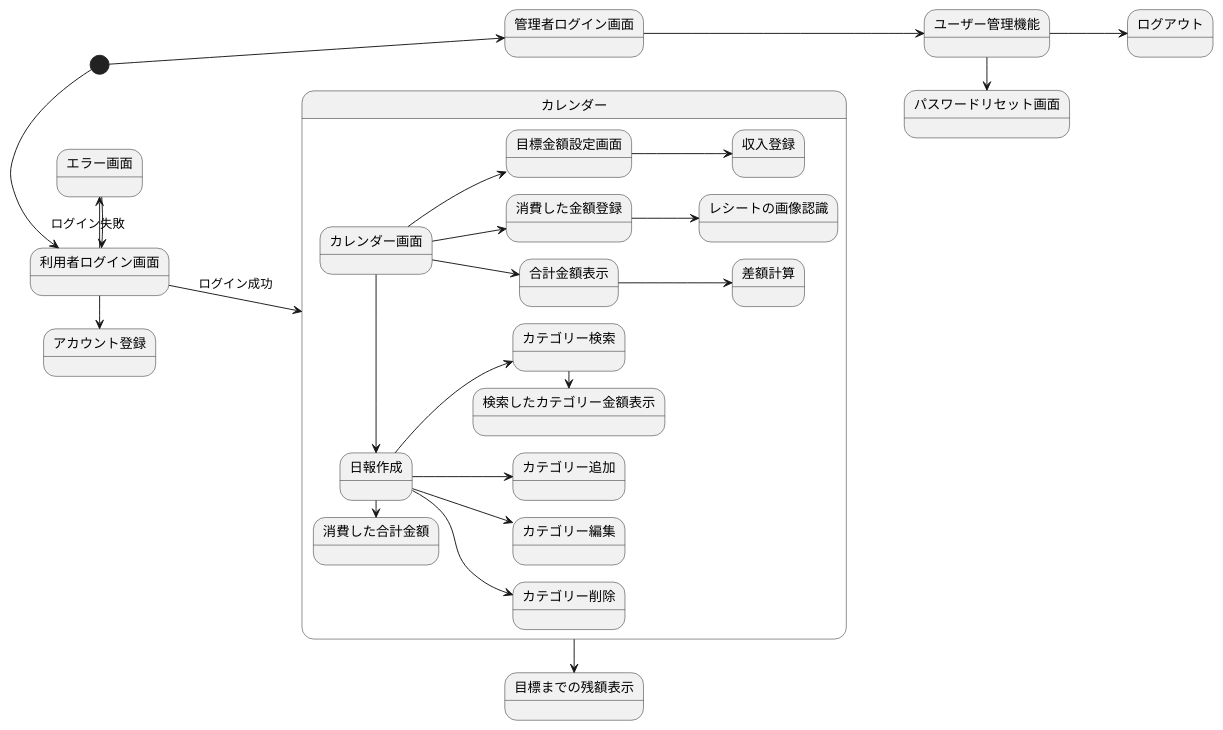
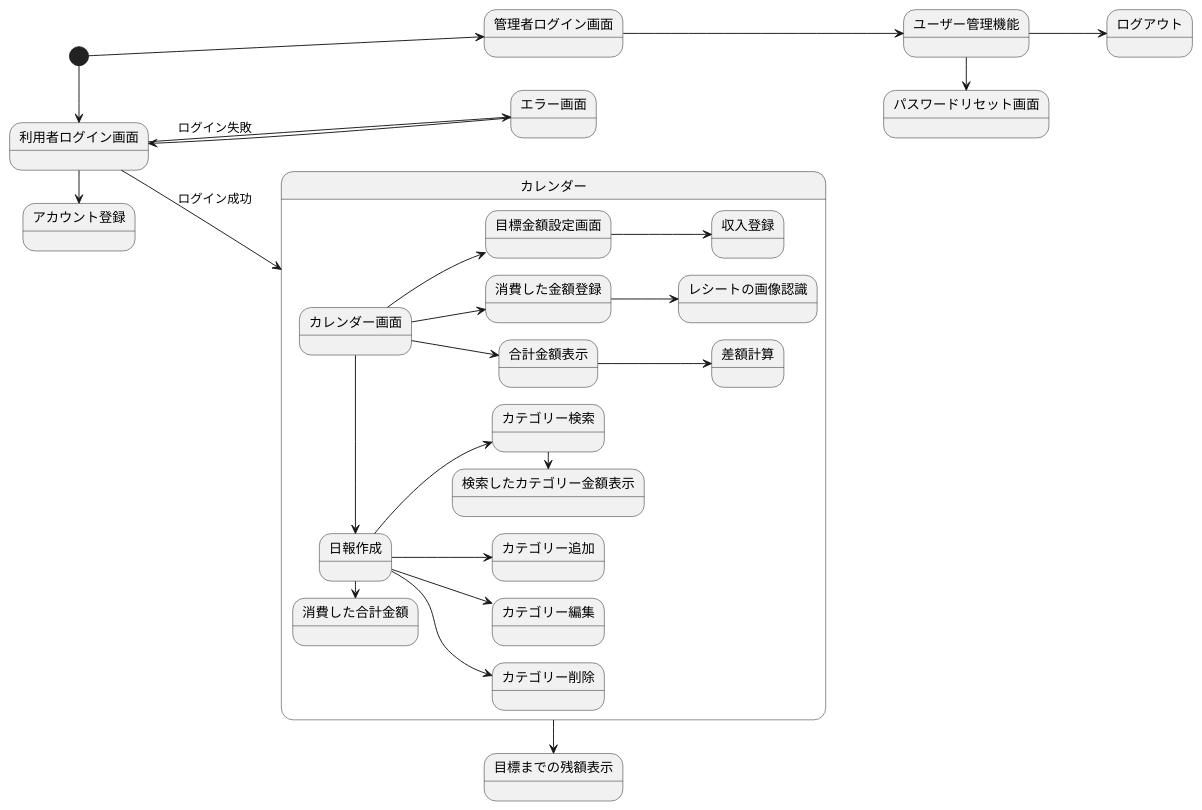
Before and after one commit to masakan590/uml-introduction: the diagram in Screen_transition_diagram.pu, drawn with PlantUML.

Commit message:
追加

```diff
--- a/Screen_transition_diagram.pu
+++ b/Screen_transition_diagram.pu
@@ -1,33 +1,33 @@
 @startuml 画面遷移図
 left to right direction
 [*] -> 利用者ログイン画面
 [*] --> 管理者ログイン画面
 
 利用者ログイン画面 -> アカウント登録 
 管理者ログイン画面 --> ユーザー管理機能
 
 ユーザー管理機能 -> パスワードリセット画面
 ユーザー管理機能 --> ログアウト
 
-利用者ログイン画面 -> エラー画面 :ログイン失敗
+利用者ログイン画面 --> エラー画面 :ログイン失敗
 エラー画面 -> 利用者ログイン画面 
 利用者ログイン画面 --> カレンダー :ログイン成功
 
 state カレンダー {
     カレンダー画面 --> 目標金額設定画面
     カレンダー画面 -> 日報作成
     カレンダー画面 --> 消費した金額登録
     目標金額設定画面 --> 収入登録
     日報作成 --> カテゴリー追加
     日報作成 --> カテゴリー編集
     日報作成 --> カテゴリー削除
     日報作成 --> カテゴリー検索
     カテゴリー検索 -> 検索したカテゴリー金額表示
     消費した金額登録 --> レシートの画像認識
     日報作成 -> 消費した合計金額
     カレンダー画面 --> 合計金額表示
     合計金額表示 --> 差額計算
 
 }
 カレンダー -> 目標までの残額表示
 @enduml
```
